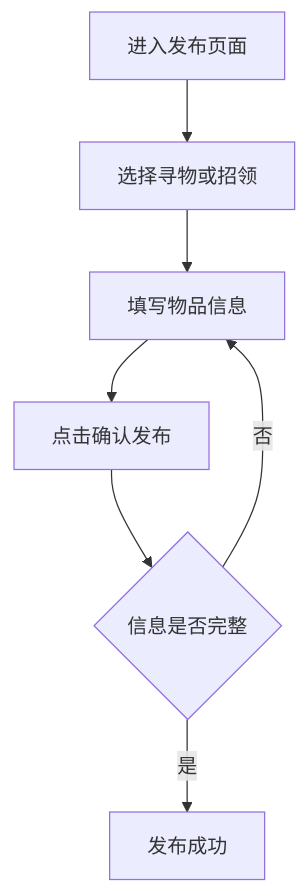
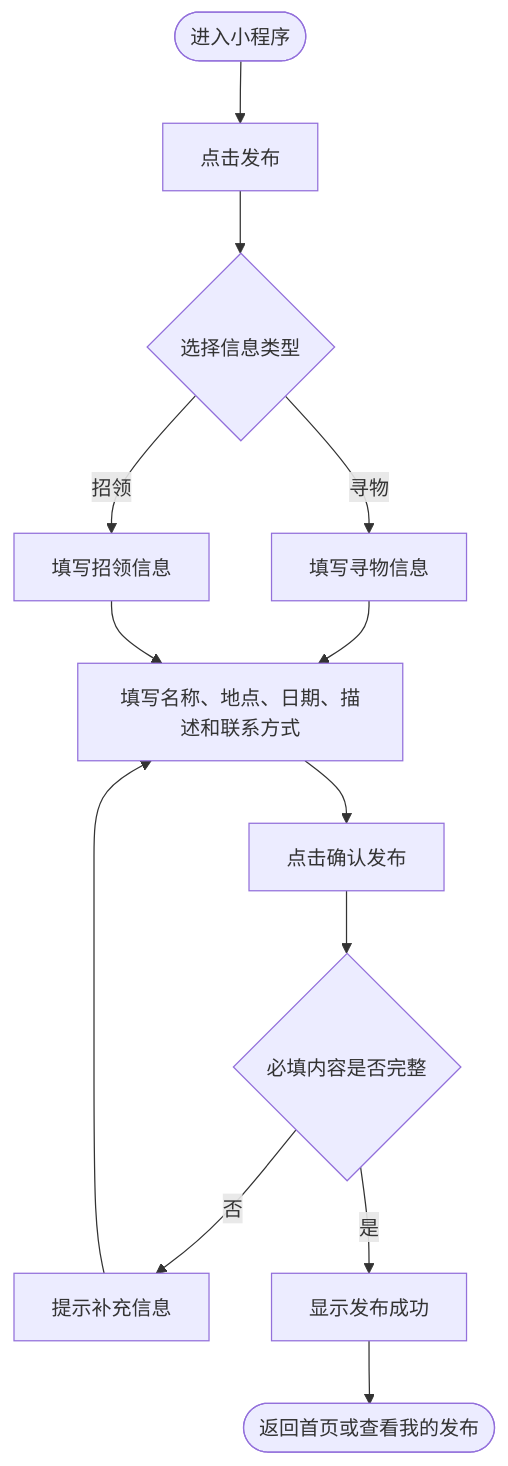
One commit to tw1l1ghtcc/campus-lost-found changed the second of 4 diagrams in docs/flow.md. Above: the diagram before and after it, drawn with Mermaid. The commit also changed other lines of this file and 2 other files, not shown here.

Commit message:
更改流程图文本文件

````diff
--- a/docs/flow.md
+++ b/docs/flow.md
@@ -15,9 +17,15 @@
 ```mermaid
 flowchart TD
-    A[进入发布页面] --> B[选择寻物或招领]
-    B --> C[填写物品信息]
-    C --> D[点击确认发布]
-    D --> E{信息是否完整}
-    E -->|否| C
-    E -->|是| F[发布成功]
+    A([进入小程序]) --> B[点击发布]
+    B --> C{选择信息类型}
+    C -->|寻物| D[填写寻物信息]
+    C -->|招领| E[填写招领信息]
+    D --> F[填写名称、地点、日期、描述和联系方式]
+    E --> F
+    F --> G[点击确认发布]
+    G --> H{必填内容是否完整}
+    H -->|否| I[提示补充信息]
+    I --> F
+    H -->|是| J[显示发布成功]
+    J --> K([返回首页或查看我的发布])
 ```
````
